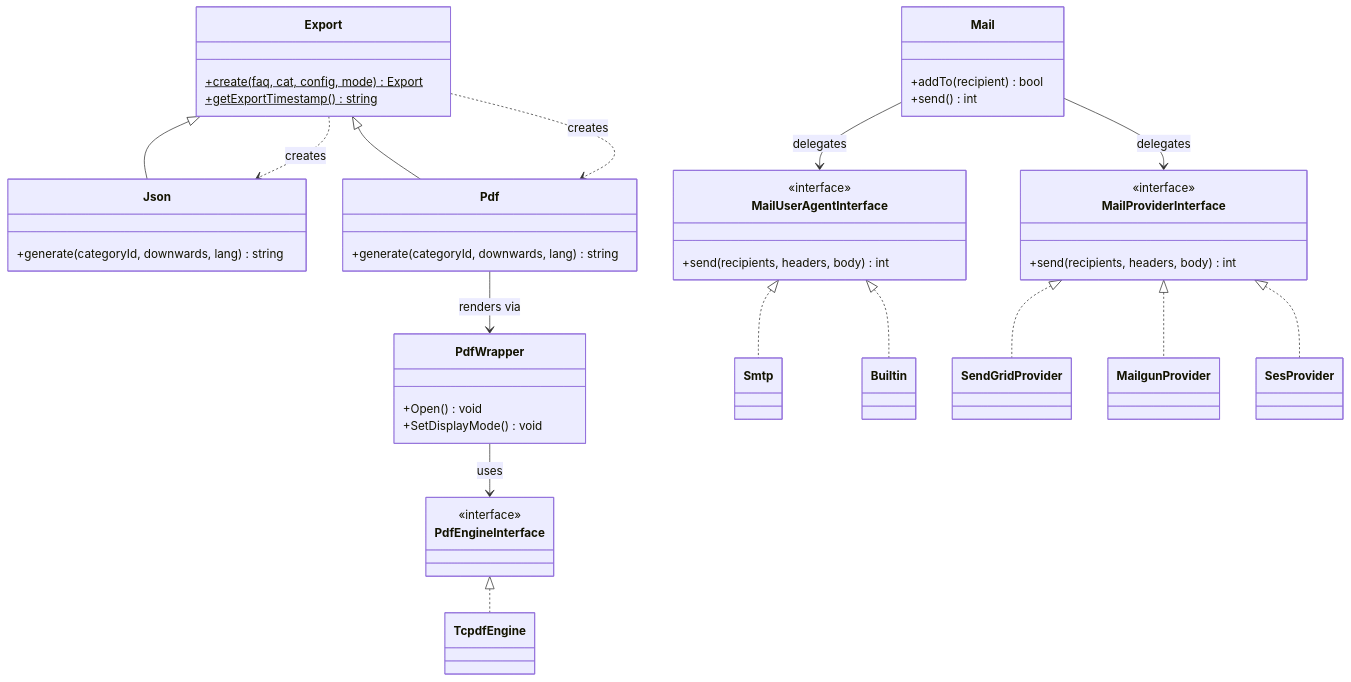
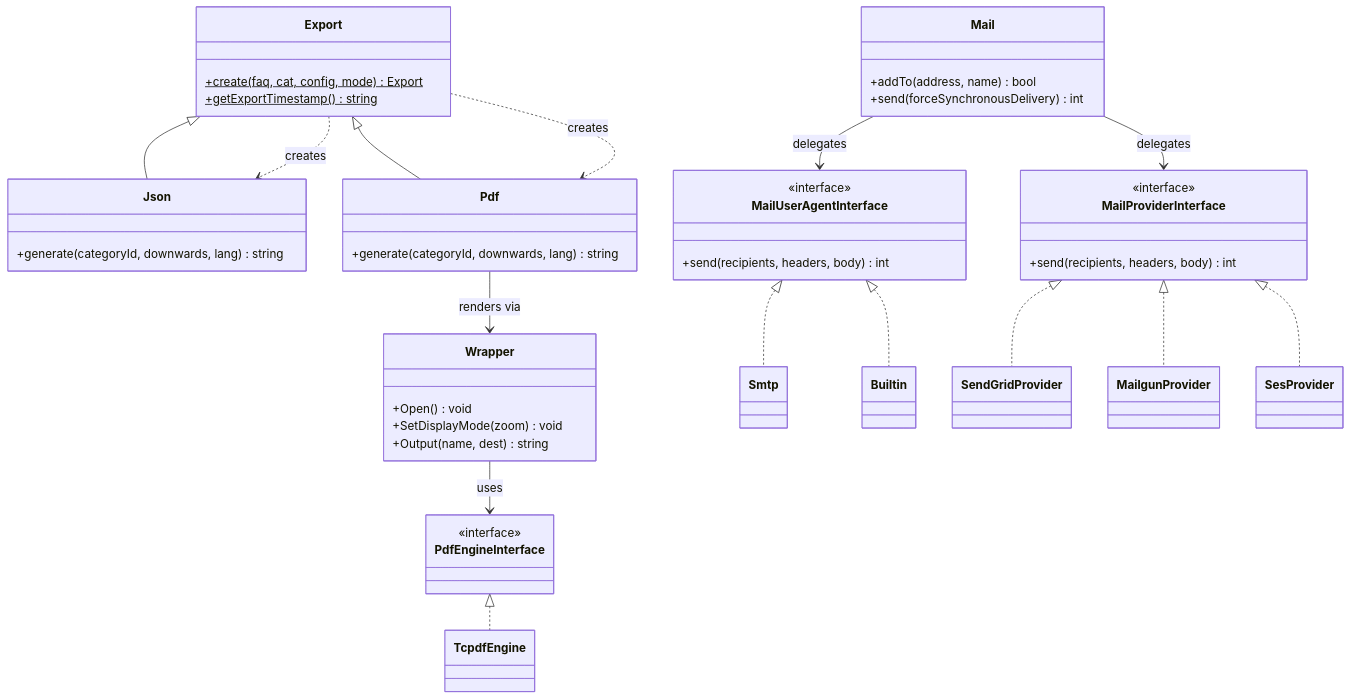
Before and after one commit to thorsten/phpMyFAQ: the seventh of 7 diagrams in docs/architecture.md, drawn with Mermaid. The commit also changed other lines of this file and 19 other files, not shown here.

````diff
--- a/docs/architecture.md
+++ b/docs/architecture.md
@@ -606,57 +651,58 @@
 ```mermaid
 classDiagram
     direction TB
 
     class Export {
         +create(faq, cat, config, mode)$ Export
         +getExportTimestamp()$ string
     }
     class Json {
         +generate(categoryId, downwards, lang) string
     }
     class Pdf {
         +generate(categoryId, downwards, lang) string
     }
     Export <|-- Json
     Export <|-- Pdf
     Export ..> Json : creates
     Export ..> Pdf : creates
-    Pdf --> PdfWrapper : renders via
+    Pdf --> Wrapper : renders via
 
-    class PdfWrapper {
+    class Wrapper {
         +Open() void
-        +SetDisplayMode() void
+        +SetDisplayMode(zoom) void
+        +Output(name, dest) string
     }
     class PdfEngineInterface {
         <<interface>>
     }
     class TcpdfEngine
     PdfEngineInterface <|.. TcpdfEngine
-    PdfWrapper --> PdfEngineInterface : uses
+    Wrapper --> PdfEngineInterface : uses
 
     class Mail {
-        +addTo(recipient) bool
-        +send() int
+        +addTo(address, name) bool
+        +send(forceSynchronousDelivery) int
     }
     class MailUserAgentInterface {
         <<interface>>
         +send(recipients, headers, body) int
     }
     class Smtp
     class Builtin
     class MailProviderInterface {
         <<interface>>
         +send(recipients, headers, body) int
     }
     class SendGridProvider
     class MailgunProvider
     class SesProvider
 
     MailUserAgentInterface <|.. Smtp
     MailUserAgentInterface <|.. Builtin
     MailProviderInterface <|.. SendGridProvider
     MailProviderInterface <|.. MailgunProvider
     MailProviderInterface <|.. SesProvider
     Mail --> MailUserAgentInterface : delegates
     Mail --> MailProviderInterface : delegates
 ```
````
